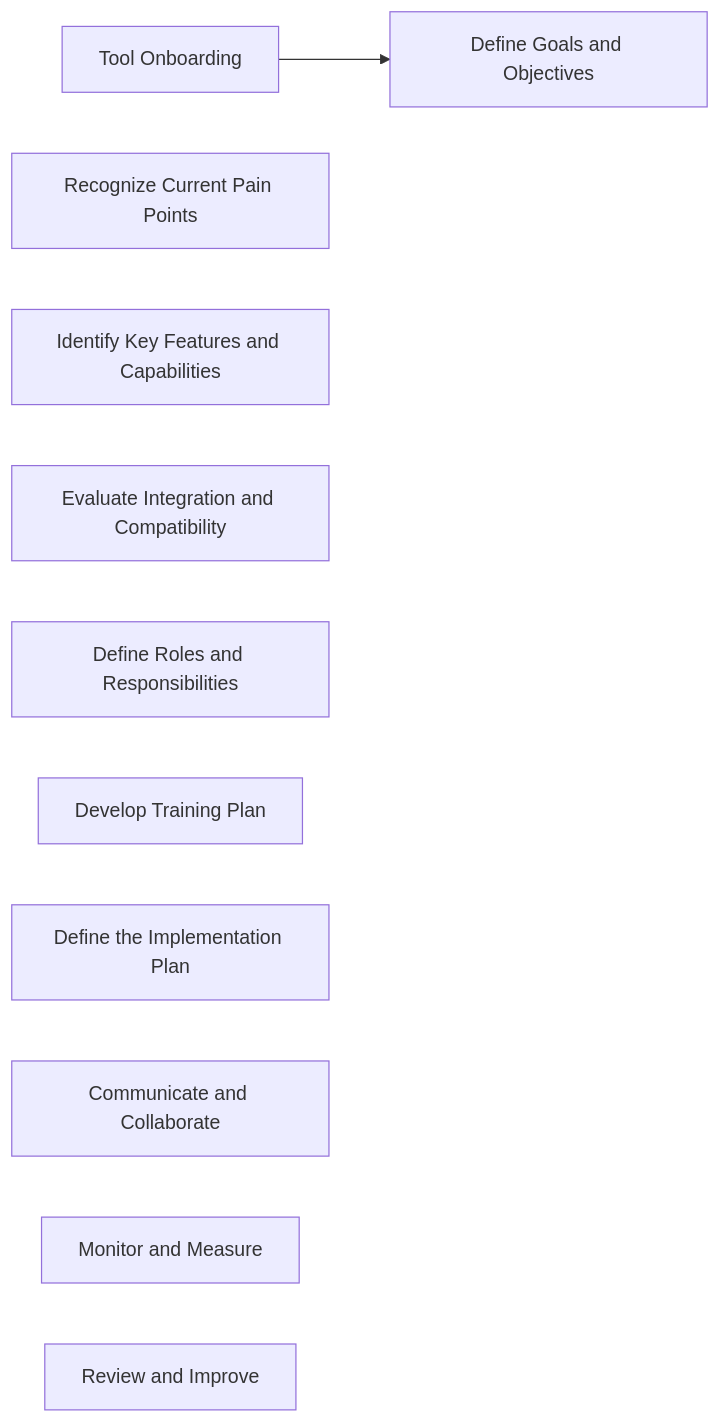
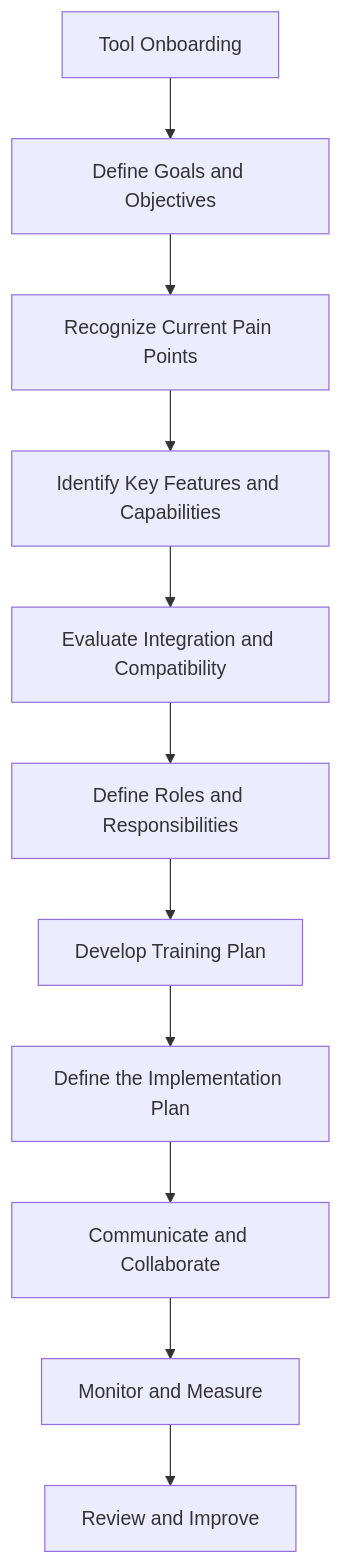
One commit to noclocks/NoClocksVault changed the diagram in 03-AREAS/Business/Checklists/Checklist - Tool Onboarding.md. Above: the diagram before and after it, drawn with Mermaid. The commit also changed other lines of this file and 2 other files, not shown here.

````diff
--- a/03-AREAS/Business/Checklists/Checklist - Tool Onboarding.md
+++ b/03-AREAS/Business/Checklists/Checklist - Tool Onboarding.md
@@ -37,16 +37,16 @@
 ```mermaid
-graph LR
+graph TB
   tool[Tool Onboarding]
   goals[Define Goals and Objectives]
   pain[Recognize Current Pain Points]
   features[Identify Key Features and Capabilities]
   eval[Evaluate Integration and Compatibility]
   roles[Define Roles and Responsibilities]
   training[Develop Training Plan]
   implementation[Define the Implementation Plan]
   comms[Communicate and Collaborate]
   monitor[Monitor and Measure]
   review[Review and Improve]
 
-  tool -->goals
+  tool --> goals --> pain --> features --> eval --> roles --> training --> implementation --> comms --> monitor --> review
 ```
````
